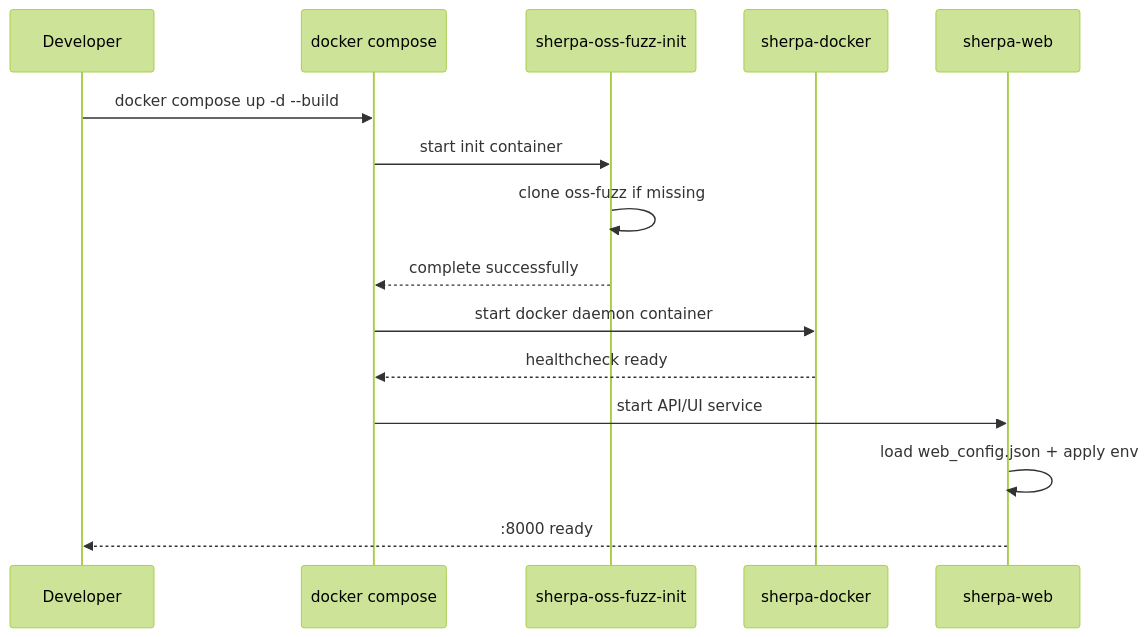
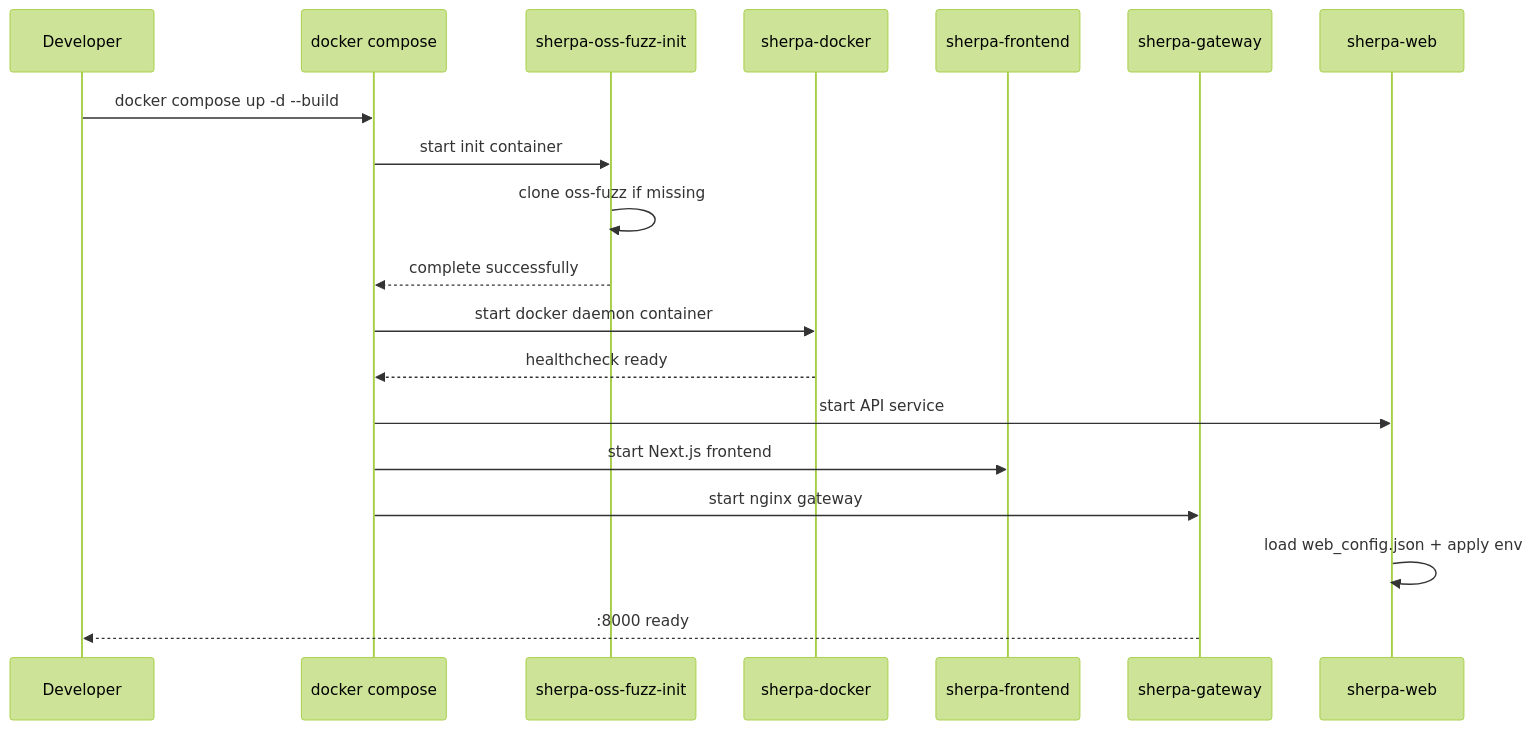
One commit to ZUENS2020/Sherpa changed the third of 10 diagrams in README.md. Above: the diagram before and after it, drawn with Mermaid (forest theme). The commit also changed other lines of this file and 34 other files, not shown here.

````diff
--- a/README.md
+++ b/README.md
@@ -79,18 +87,22 @@
 ```mermaid
 sequenceDiagram
   participant Dev as Developer
   participant DC as docker compose
   participant Init as sherpa-oss-fuzz-init
   participant Dind as sherpa-docker
+  participant FE as sherpa-frontend
+  participant GW as sherpa-gateway
   participant Web as sherpa-web
 
   Dev->>DC: docker compose up -d --build
   DC->>Init: start init container
   Init->>Init: clone oss-fuzz if missing
   Init-->>DC: complete successfully
   DC->>Dind: start docker daemon container
   Dind-->>DC: healthcheck ready
-  DC->>Web: start API/UI service
+  DC->>Web: start API service
+  DC->>FE: start Next.js frontend
+  DC->>GW: start nginx gateway
   Web->>Web: load web_config.json + apply env
-  Web-->>Dev: :8000 ready
+  GW-->>Dev: :8000 ready
 ```
````
